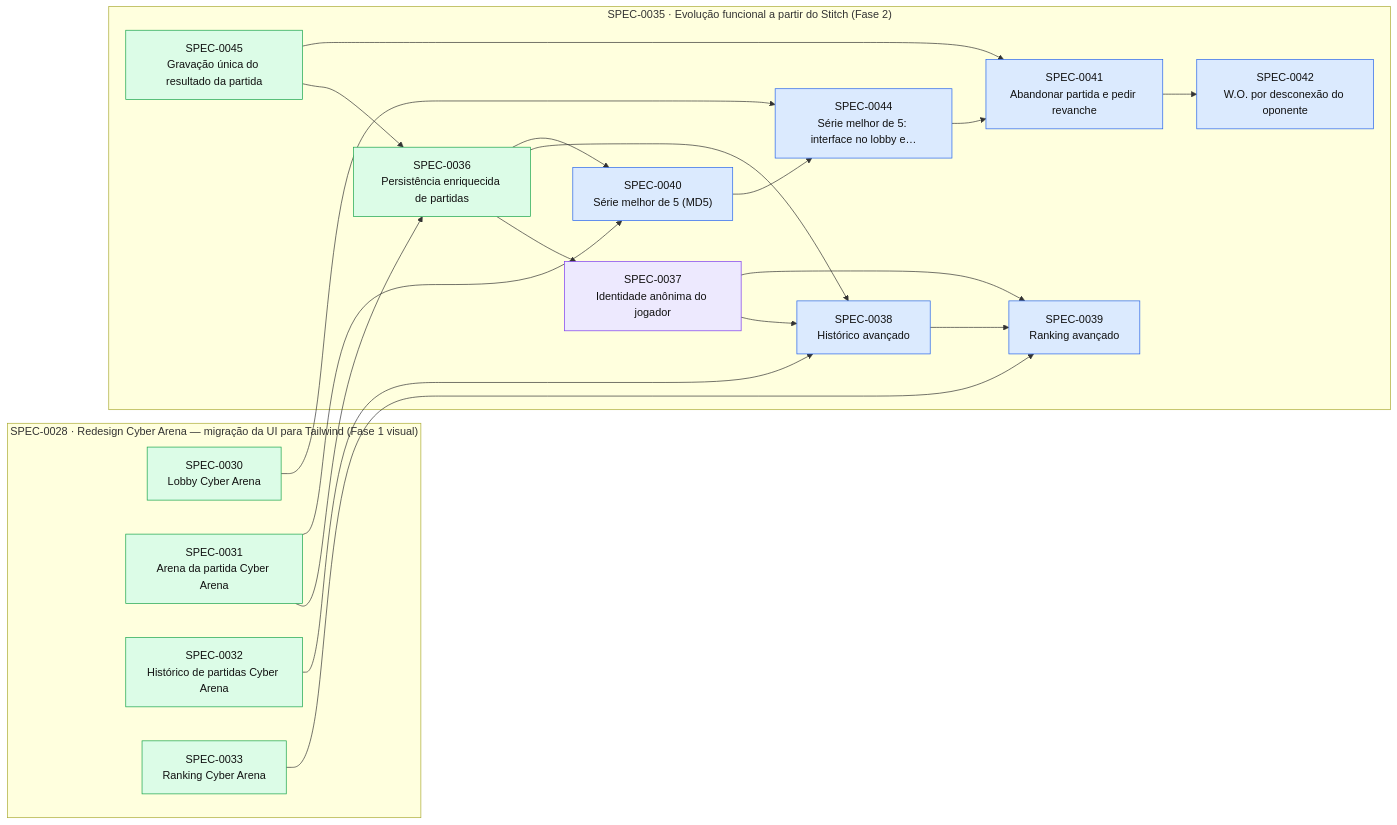
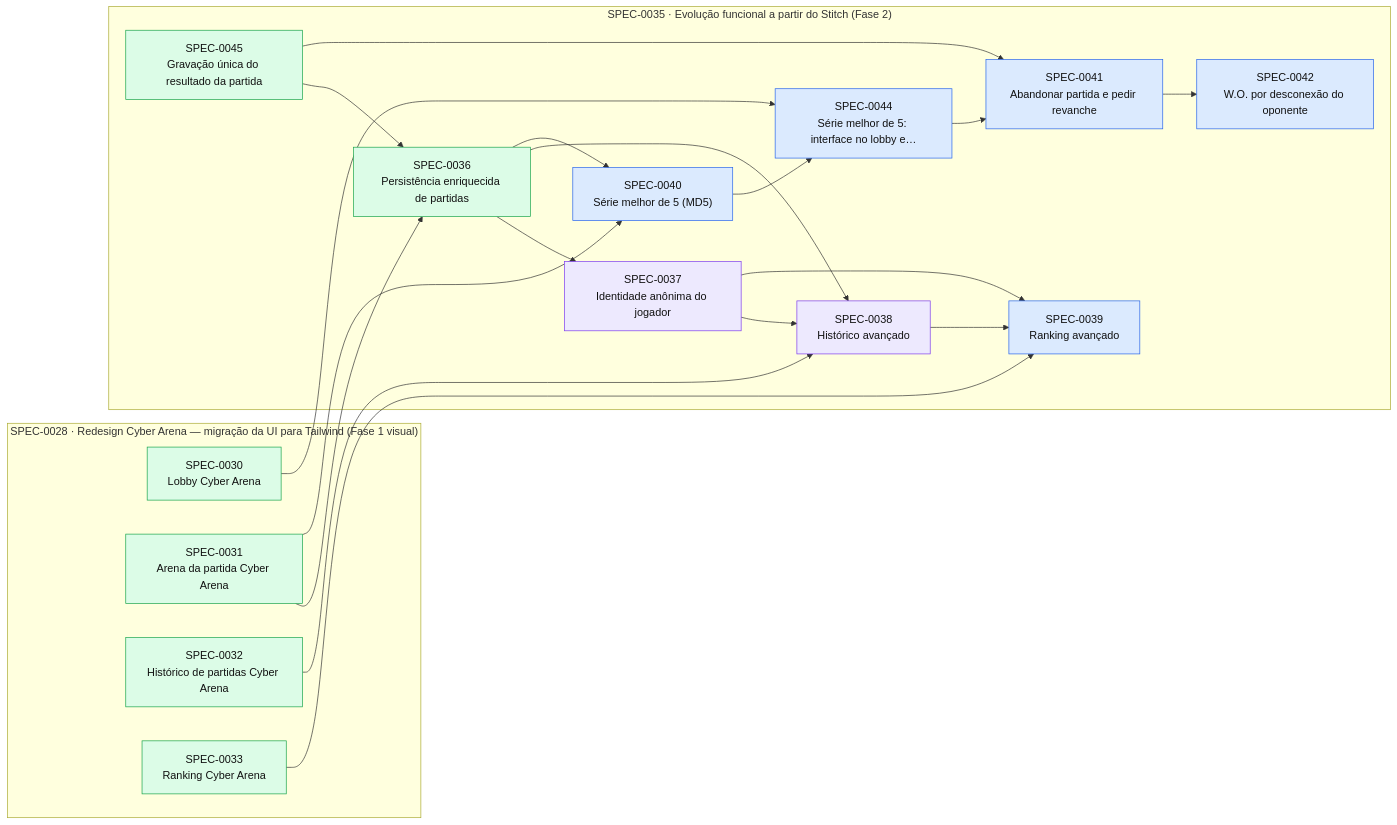
Before and after one commit to thomasravache/jogo-da-velha-multiplayer: the diagram in docs/specs/INDEX.md, drawn with Mermaid. The commit also changed other lines of this file and 1 other file, not shown here.

First line of the commit message:
docs(specs): emenda v3 da SPEC-0038 (WinnerName, contagens e escopo Todos)

````diff
--- a/docs/specs/INDEX.md
+++ b/docs/specs/INDEX.md
@@ -42,41 +42,41 @@
 ```mermaid
 flowchart LR
   subgraph E0028["SPEC-0028 · Redesign Cyber Arena — migração da UI para Tailwind (Fase 1 visual)"]
     S0030["SPEC-0030<br/>Lobby Cyber Arena"]:::implemented
     S0031["SPEC-0031<br/>Arena da partida Cyber Arena"]:::implemented
     S0032["SPEC-0032<br/>Histórico de partidas Cyber Arena"]:::implemented
     S0033["SPEC-0033<br/>Ranking Cyber Arena"]:::implemented
   end
   subgraph E0035["SPEC-0035 · Evolução funcional a partir do Stitch (Fase 2)"]
     S0036["SPEC-0036<br/>Persistência enriquecida de partidas"]:::implemented
     S0037["SPEC-0037<br/>Identidade anônima do jogador"]:::inprogress
-    S0038["SPEC-0038<br/>Histórico avançado"]:::approved
+    S0038["SPEC-0038<br/>Histórico avançado"]:::inprogress
     S0039["SPEC-0039<br/>Ranking avançado"]:::approved
     S0040["SPEC-0040<br/>Série melhor de 5 (MD5)"]:::approved
     S0041["SPEC-0041<br/>Abandonar partida e pedir revanche"]:::approved
     S0042["SPEC-0042<br/>W.O. por desconexão do oponente"]:::approved
     S0044["SPEC-0044<br/>Série melhor de 5: interface no lobby e…"]:::approved
     S0045["SPEC-0045<br/>Gravação única do resultado da partida"]:::implemented
   end
   S0031 --> S0036
   S0045 --> S0036
   S0036 --> S0037
   S0032 --> S0038
   S0036 --> S0038
   S0037 --> S0038
   S0033 --> S0039
   S0037 --> S0039
   S0038 --> S0039
   S0031 --> S0040
   S0036 --> S0040
   S0044 --> S0041
   S0045 --> S0041
   S0041 --> S0042
   S0030 --> S0044
   S0040 --> S0044
   classDef proposed fill:#fef3c7,stroke:#d97706,color:#111
   classDef approved fill:#dbeafe,stroke:#2563eb,color:#111
   classDef inprogress fill:#ede9fe,stroke:#7c3aed,color:#111
   classDef implemented fill:#dcfce7,stroke:#16a34a,color:#111
   classDef deprecated fill:#f3f4f6,stroke:#9ca3af,color:#6b7280
 ```
````
